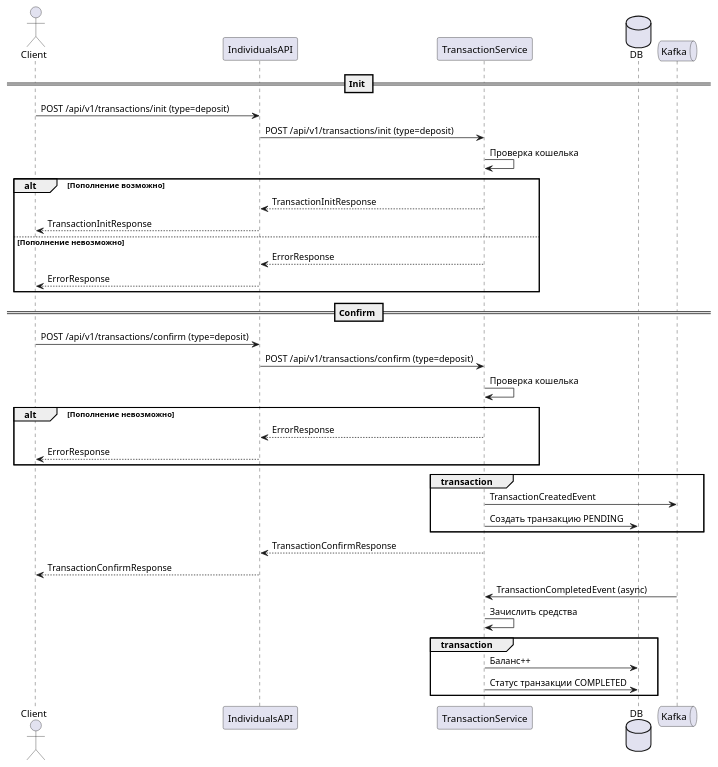
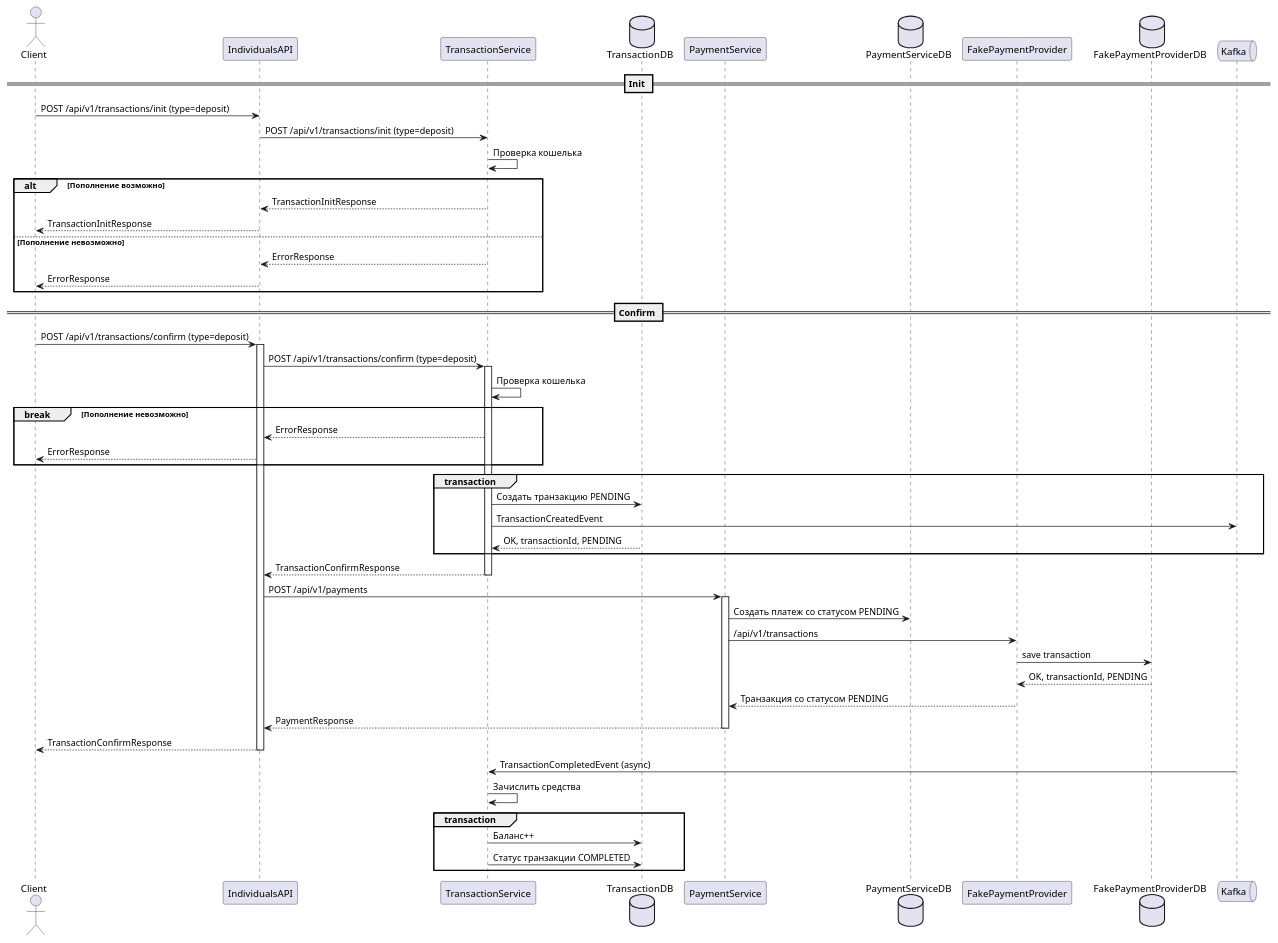
The diagram in diagram/deposit.puml (diamam90/payment-system), drawn with PlantUML before and after one commit. The commit also changed 8 other files, not shown here.

```diff
--- a/diagram/deposit.puml
+++ b/diagram/deposit.puml
@@ -1,40 +1,62 @@
 @startuml
 actor Client
 participant IndividualsAPI
 participant TransactionService
-database DB
+database TransactionDB
+participant PaymentService
+database PaymentServiceDB
+participant FakePaymentProvider
+database FakePaymentProviderDB
+
 queue Kafka
 
 == Init ==
 Client -> IndividualsAPI: POST /api/v1/transactions/init (type=deposit)
 IndividualsAPI -> TransactionService: POST /api/v1/transactions/init (type=deposit)
 TransactionService -> TransactionService: Проверка кошелька
 alt Пополнение возможно
     TransactionService --> IndividualsAPI: TransactionInitResponse
     IndividualsAPI --> Client: TransactionInitResponse
 else Пополнение невозможно
     TransactionService --> IndividualsAPI: ErrorResponse
     IndividualsAPI --> Client: ErrorResponse
 end
 == Confirm ==
 Client -> IndividualsAPI: POST /api/v1/transactions/confirm (type=deposit)
+activate IndividualsAPI
+
 IndividualsAPI -> TransactionService: POST /api/v1/transactions/confirm (type=deposit)
+activate TransactionService
 TransactionService -> TransactionService: Проверка кошелька
-alt Пополнение невозможно
+break Пополнение невозможно
     TransactionService --> IndividualsAPI: ErrorResponse
     IndividualsAPI --> Client: ErrorResponse
 end
 
 group transaction
+    TransactionService -> TransactionDB: Создать транзакцию PENDING
     TransactionService -> Kafka: TransactionCreatedEvent
-    TransactionService -> DB: Создать транзакцию PENDING
+    TransactionDB --> TransactionService: OK, transactionId, PENDING
 end
-  TransactionService --> IndividualsAPI: TransactionConfirmResponse
+    TransactionService --> IndividualsAPI: TransactionConfirmResponse
+    deactivate TransactionService
+    IndividualsAPI -> PaymentService: POST /api/v1/payments
+    activate PaymentService
+    PaymentService -> PaymentServiceDB: Создать платеж со статусом PENDING
+    PaymentService -> FakePaymentProvider: /api/v1/transactions
+    FakePaymentProvider -> FakePaymentProviderDB: save transaction
+    FakePaymentProviderDB --> FakePaymentProvider: OK, transactionId, PENDING
+    FakePaymentProvider --> PaymentService: Транзакция со статусом PENDING
+     PaymentService --> IndividualsAPI: PaymentResponse
+    deactivate PaymentService
+
 IndividualsAPI --> Client: TransactionConfirmResponse
+deactivate IndividualsAPI
+
 Kafka -> TransactionService: TransactionCompletedEvent (async)
 TransactionService -> TransactionService: Зачислить средства
 group transaction
-    TransactionService -> DB: Баланс++
-    TransactionService -> DB: Статус транзакции COMPLETED
+    TransactionService -> TransactionDB: Баланс++
+    TransactionService -> TransactionDB: Статус транзакции COMPLETED
 end
 @enduml
```
